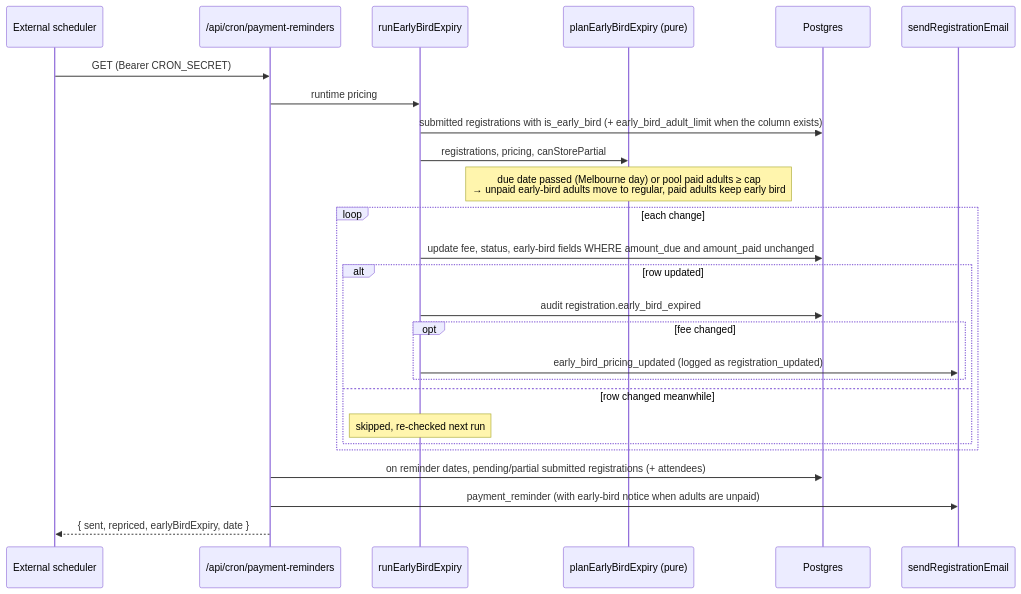
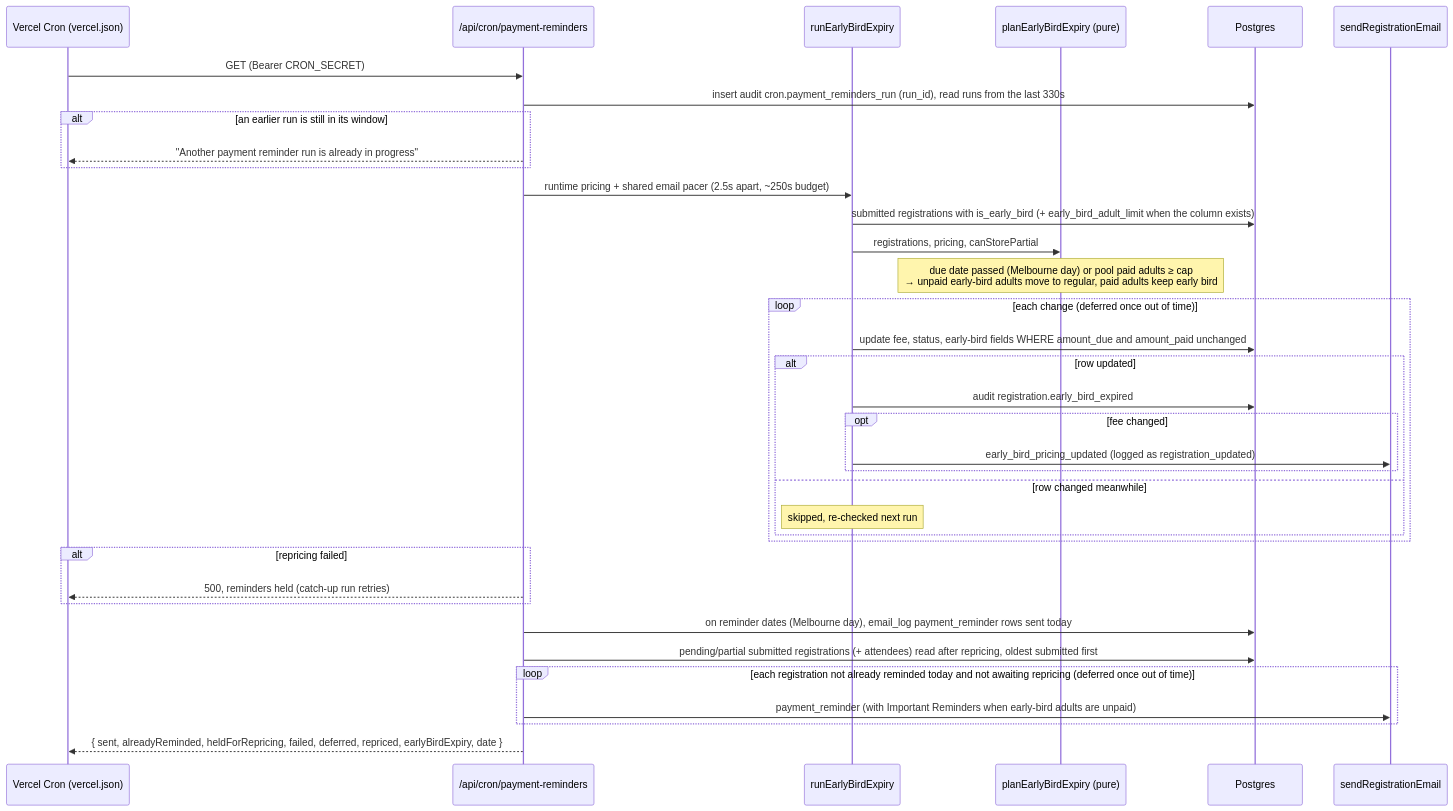
One commit to dotnetmike/CFCA_Registration changed the third of 7 diagrams in docs/flows/payment.md. Above: the diagram before and after it, drawn with Mermaid. The commit also changed other lines of this file and 11 other files, not shown here.

First line of the commit message:
feat(version): bump package version to 0.37.3 and enhance payment reminder functionality

````diff
--- a/docs/flows/payment.md
+++ b/docs/flows/payment.md
@@ -77,28 +77,38 @@
 ```mermaid
 sequenceDiagram
-  participant Cron as External scheduler
+  participant Cron as Vercel Cron (vercel.json)
   participant API as /api/cron/payment-reminders
   participant Run as runEarlyBirdExpiry
   participant Plan as planEarlyBirdExpiry (pure)
   participant DB as Postgres
   participant Mail as sendRegistrationEmail
   Cron->>API: GET (Bearer CRON_SECRET)
-  API->>Run: runtime pricing
+  API->>DB: insert audit cron.payment_reminders_run (run_id), read runs from the last 330s
+  alt an earlier run is still in its window
+    API-->>Cron: "Another payment reminder run is already in progress"
+  end
+  API->>Run: runtime pricing + shared email pacer (2.5s apart, ~250s budget)
   Run->>DB: submitted registrations with is_early_bird (+ early_bird_adult_limit when the column exists)
   Run->>Plan: registrations, pricing, canStorePartial
   Note over Plan: due date passed (Melbourne day) or pool paid adults ≥ cap<br/>→ unpaid early-bird adults move to regular, paid adults keep early bird
-  loop each change
+  loop each change (deferred once out of time)
     Run->>DB: update fee, status, early-bird fields WHERE amount_due and amount_paid unchanged
     alt row updated
       Run->>DB: audit registration.early_bird_expired
       opt fee changed
         Run->>Mail: early_bird_pricing_updated (logged as registration_updated)
       end
     else row changed meanwhile
       Note over Run: skipped, re-checked next run
     end
   end
-  API->>DB: on reminder dates, pending/partial submitted registrations (+ attendees)
-  API->>Mail: payment_reminder (with early-bird notice when adults are unpaid)
-  API-->>Cron: { sent, repriced, earlyBirdExpiry, date }
+  alt repricing failed
+    API-->>Cron: 500, reminders held (catch-up run retries)
+  end
+  API->>DB: on reminder dates (Melbourne day), email_log payment_reminder rows sent today
+  API->>DB: pending/partial submitted registrations (+ attendees) read after repricing, oldest submitted first
+  loop each registration not already reminded today and not awaiting repricing (deferred once out of time)
+    API->>Mail: payment_reminder (with Important Reminders when early-bird adults are unpaid)
+  end
+  API-->>Cron: { sent, alreadyReminded, heldForRepricing, failed, deferred, repriced, earlyBirdExpiry, date }
 ```
````
